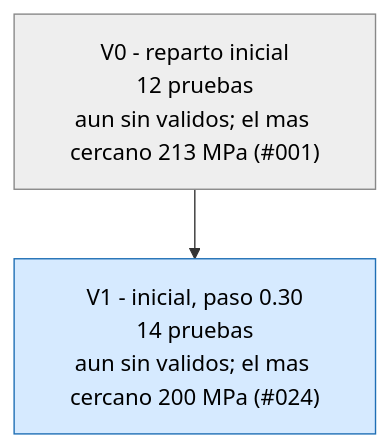
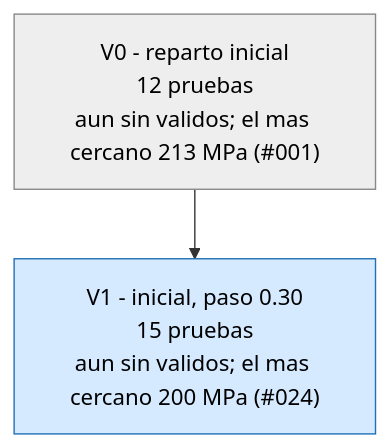
Before and after one commit to Hugiko/msd-soporte-optimizacion: the first of 3 diagrams in runs/opt_37800N/ARBOL.md, drawn with Mermaid. The commit also changed 14 other files, not shown here.

````diff
--- a/runs/opt_37800N/ARBOL.md
+++ b/runs/opt_37800N/ARBOL.md
@@ -9,9 +9,9 @@
 ```mermaid
 graph TD
 classDef activa fill:#d6eaff,stroke:#1f6fb5,color:#000
 classDef fin fill:#eeeeee,stroke:#888,color:#000
 classDef mejor fill:#c8f0c0,stroke:#1a9850,stroke-width:4px,color:#000
 V0["V0 - reparto inicial<br/>12 pruebas<br/>aun sin validos; el mas cercano 213 MPa (#001)"]:::fin
-V1["V1 - inicial, paso 0.30<br/>14 pruebas<br/>aun sin validos; el mas cercano 200 MPa (#024)"]:::activa
+V1["V1 - inicial, paso 0.30<br/>15 pruebas<br/>aun sin validos; el mas cercano 200 MPa (#024)"]:::activa
 V0 --> V1
 ```
````
